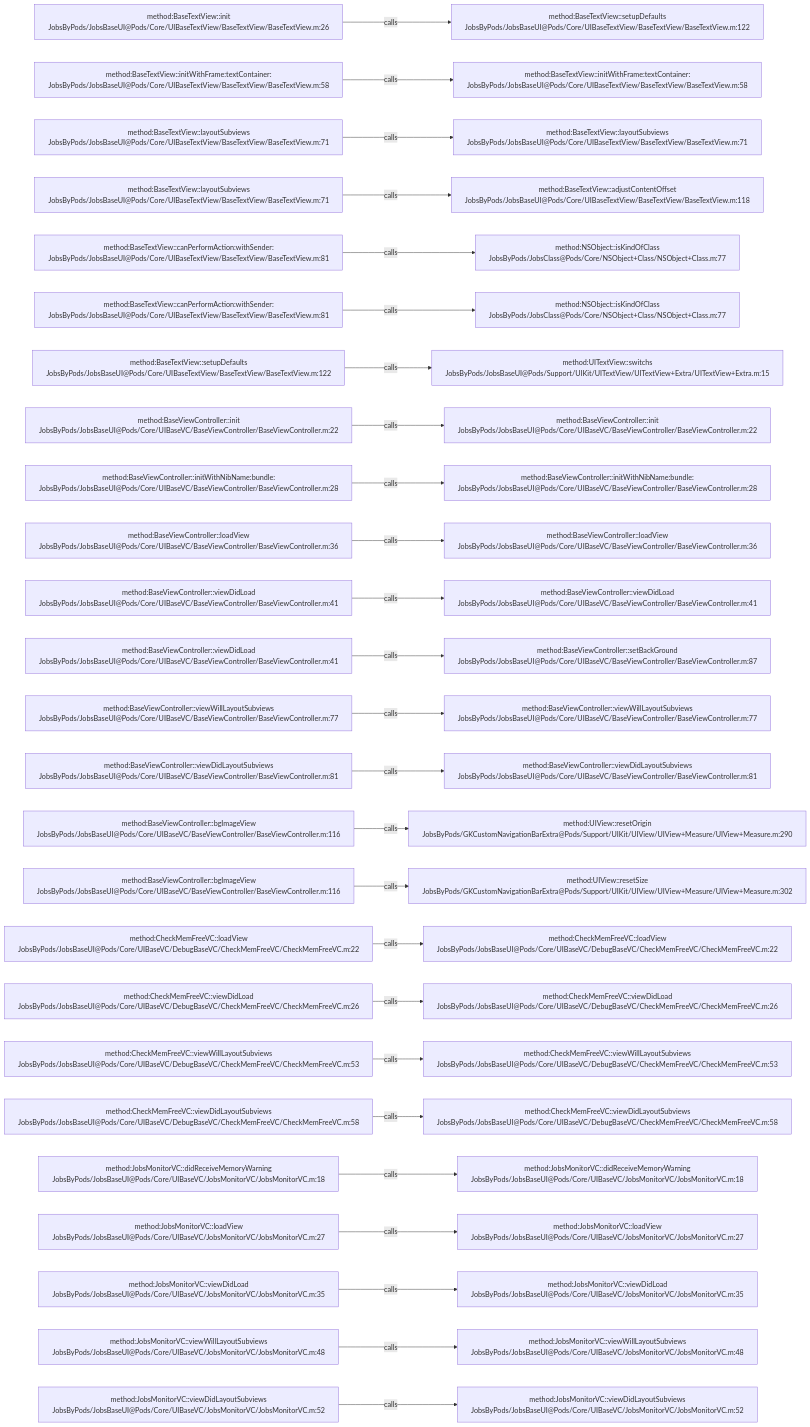
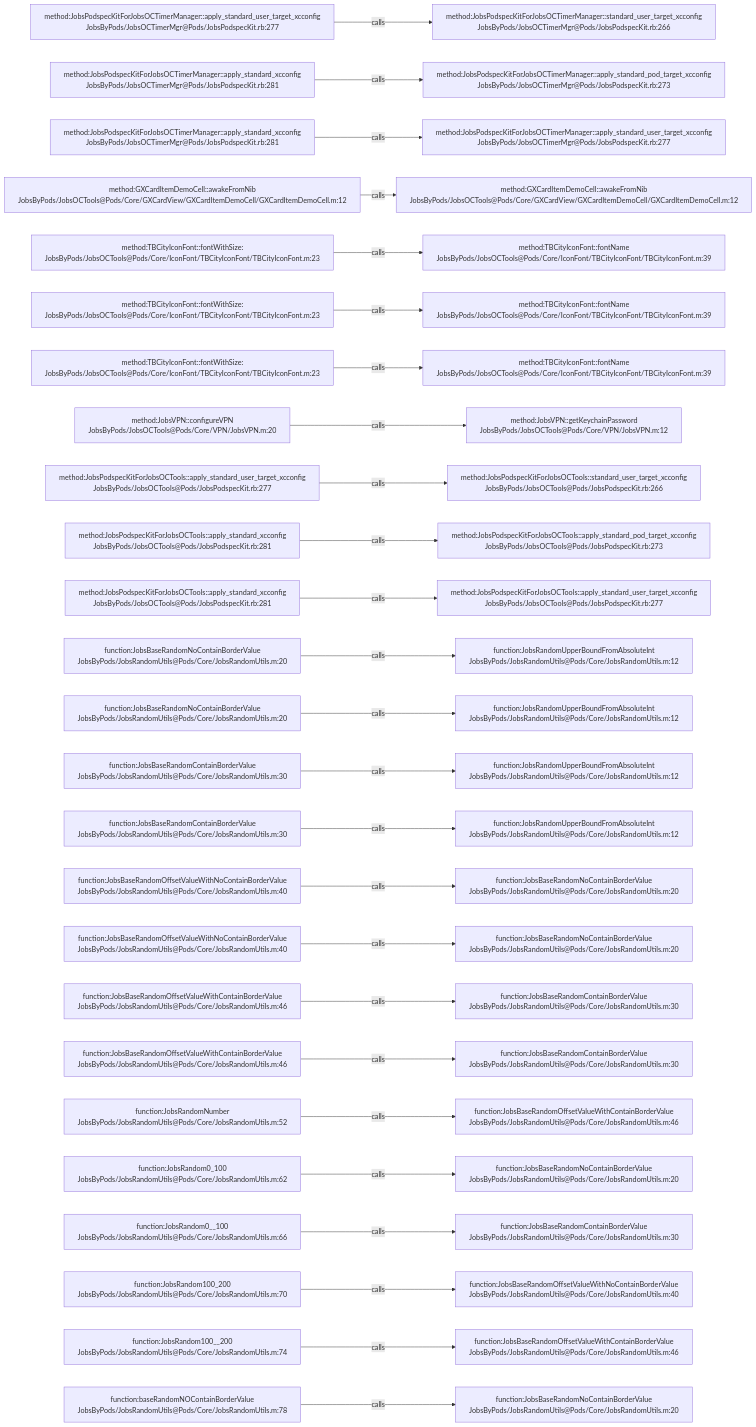
The diagram in .codegraph/codegraph.md/graphs/calls-019.md (JobsKits/JobsOCBaseConfigDemo), drawn with Mermaid before and after one commit. The commit also changed 2162 other files, not shown here.

````diff
--- a/.codegraph/codegraph.md/graphs/calls-019.md
+++ b/.codegraph/codegraph.md/graphs/calls-019.md
@@ -13,78 +13,78 @@
 ```mermaid
 flowchart LR
-  S1["method:BaseTextView::init<br/>JobsByPods/JobsBaseUI@Pods/Core/UIBaseTextView/BaseTextView/BaseTextView.m:26"]
-  T1["method:BaseTextView::setupDefaults<br/>JobsByPods/JobsBaseUI@Pods/Core/UIBaseTextView/BaseTextView/BaseTextView.m:122"]
+  S1["method:JobsPodspecKitForJobsOCTimerManager::apply_standard_user_target_xcconfig<br/>JobsByPods/JobsOCTimerMgr@Pods/JobsPodspecKit.rb:277"]
+  T1["method:JobsPodspecKitForJobsOCTimerManager::standard_user_target_xcconfig<br/>JobsByPods/JobsOCTimerMgr@Pods/JobsPodspecKit.rb:266"]
   S1 -->|calls| T1
-  S2["method:BaseTextView::initWithFrame:textContainer:<br/>JobsByPods/JobsBaseUI@Pods/Core/UIBaseTextView/BaseTextView/BaseTextView.m:58"]
-  T2["method:BaseTextView::initWithFrame:textContainer:<br/>JobsByPods/JobsBaseUI@Pods/Core/UIBaseTextView/BaseTextView/BaseTextView.m:58"]
+  S2["method:JobsPodspecKitForJobsOCTimerManager::apply_standard_xcconfig<br/>JobsByPods/JobsOCTimerMgr@Pods/JobsPodspecKit.rb:281"]
+  T2["method:JobsPodspecKitForJobsOCTimerManager::apply_standard_pod_target_xcconfig<br/>JobsByPods/JobsOCTimerMgr@Pods/JobsPodspecKit.rb:273"]
   S2 -->|calls| T2
-  S3["method:BaseTextView::layoutSubviews<br/>JobsByPods/JobsBaseUI@Pods/Core/UIBaseTextView/BaseTextView/BaseTextView.m:71"]
-  T3["method:BaseTextView::layoutSubviews<br/>JobsByPods/JobsBaseUI@Pods/Core/UIBaseTextView/BaseTextView/BaseTextView.m:71"]
+  S3["method:JobsPodspecKitForJobsOCTimerManager::apply_standard_xcconfig<br/>JobsByPods/JobsOCTimerMgr@Pods/JobsPodspecKit.rb:281"]
+  T3["method:JobsPodspecKitForJobsOCTimerManager::apply_standard_user_target_xcconfig<br/>JobsByPods/JobsOCTimerMgr@Pods/JobsPodspecKit.rb:277"]
   S3 -->|calls| T3
-  S4["method:BaseTextView::layoutSubviews<br/>JobsByPods/JobsBaseUI@Pods/Core/UIBaseTextView/BaseTextView/BaseTextView.m:71"]
-  T4["method:BaseTextView::adjustContentOffset<br/>JobsByPods/JobsBaseUI@Pods/Core/UIBaseTextView/BaseTextView/BaseTextView.m:118"]
+  S4["method:GXCardItemDemoCell::awakeFromNib<br/>JobsByPods/JobsOCTools@Pods/Core/GXCardView/GXCardItemDemoCell/GXCardItemDemoCell.m:12"]
+  T4["method:GXCardItemDemoCell::awakeFromNib<br/>JobsByPods/JobsOCTools@Pods/Core/GXCardView/GXCardItemDemoCell/GXCardItemDemoCell.m:12"]
   S4 -->|calls| T4
-  S5["method:BaseTextView::canPerformAction:withSender:<br/>JobsByPods/JobsBaseUI@Pods/Core/UIBaseTextView/BaseTextView/BaseTextView.m:81"]
-  T5["method:NSObject::isKindOfClass<br/>JobsByPods/JobsClass@Pods/Core/NSObject+Class/NSObject+Class.m:77"]
+  S5["method:TBCityIconFont::fontWithSize:<br/>JobsByPods/JobsOCTools@Pods/Core/IconFont/TBCityIconFont/TBCityIconFont.m:23"]
+  T5["method:TBCityIconFont::fontName<br/>JobsByPods/JobsOCTools@Pods/Core/IconFont/TBCityIconFont/TBCityIconFont.m:39"]
   S5 -->|calls| T5
-  S6["method:BaseTextView::canPerformAction:withSender:<br/>JobsByPods/JobsBaseUI@Pods/Core/UIBaseTextView/BaseTextView/BaseTextView.m:81"]
-  T6["method:NSObject::isKindOfClass<br/>JobsByPods/JobsClass@Pods/Core/NSObject+Class/NSObject+Class.m:77"]
+  S6["method:TBCityIconFont::fontWithSize:<br/>JobsByPods/JobsOCTools@Pods/Core/IconFont/TBCityIconFont/TBCityIconFont.m:23"]
+  T6["method:TBCityIconFont::fontName<br/>JobsByPods/JobsOCTools@Pods/Core/IconFont/TBCityIconFont/TBCityIconFont.m:39"]
   S6 -->|calls| T6
-  S7["method:BaseTextView::setupDefaults<br/>JobsByPods/JobsBaseUI@Pods/Core/UIBaseTextView/BaseTextView/BaseTextView.m:122"]
-  T7["method:UITextView::switchs<br/>JobsByPods/JobsBaseUI@Pods/Support/UIKit/UITextView/UITextView+Extra/UITextView+Extra.m:15"]
+  S7["method:TBCityIconFont::fontWithSize:<br/>JobsByPods/JobsOCTools@Pods/Core/IconFont/TBCityIconFont/TBCityIconFont.m:23"]
+  T7["method:TBCityIconFont::fontName<br/>JobsByPods/JobsOCTools@Pods/Core/IconFont/TBCityIconFont/TBCityIconFont.m:39"]
   S7 -->|calls| T7
-  S8["method:BaseViewController::init<br/>JobsByPods/JobsBaseUI@Pods/Core/UIBaseVC/BaseViewController/BaseViewController.m:22"]
-  T8["method:BaseViewController::init<br/>JobsByPods/JobsBaseUI@Pods/Core/UIBaseVC/BaseViewController/BaseViewController.m:22"]
+  S8["method:JobsVPN::configureVPN<br/>JobsByPods/JobsOCTools@Pods/Core/VPN/JobsVPN.m:20"]
+  T8["method:JobsVPN::getKeychainPassword<br/>JobsByPods/JobsOCTools@Pods/Core/VPN/JobsVPN.m:12"]
   S8 -->|calls| T8
-  S9["method:BaseViewController::initWithNibName:bundle:<br/>JobsByPods/JobsBaseUI@Pods/Core/UIBaseVC/BaseViewController/BaseViewController.m:28"]
-  T9["method:BaseViewController::initWithNibName:bundle:<br/>JobsByPods/JobsBaseUI@Pods/Core/UIBaseVC/BaseViewController/BaseViewController.m:28"]
+  S9["method:JobsPodspecKitForJobsOCTools::apply_standard_user_target_xcconfig<br/>JobsByPods/JobsOCTools@Pods/JobsPodspecKit.rb:277"]
+  T9["method:JobsPodspecKitForJobsOCTools::standard_user_target_xcconfig<br/>JobsByPods/JobsOCTools@Pods/JobsPodspecKit.rb:266"]
   S9 -->|calls| T9
-  S10["method:BaseViewController::loadView<br/>JobsByPods/JobsBaseUI@Pods/Core/UIBaseVC/BaseViewController/BaseViewController.m:36"]
-  T10["method:BaseViewController::loadView<br/>JobsByPods/JobsBaseUI@Pods/Core/UIBaseVC/BaseViewController/BaseViewController.m:36"]
+  S10["method:JobsPodspecKitForJobsOCTools::apply_standard_xcconfig<br/>JobsByPods/JobsOCTools@Pods/JobsPodspecKit.rb:281"]
+  T10["method:JobsPodspecKitForJobsOCTools::apply_standard_pod_target_xcconfig<br/>JobsByPods/JobsOCTools@Pods/JobsPodspecKit.rb:273"]
   S10 -->|calls| T10
-  S11["method:BaseViewController::viewDidLoad<br/>JobsByPods/JobsBaseUI@Pods/Core/UIBaseVC/BaseViewController/BaseViewController.m:41"]
-  T11["method:BaseViewController::viewDidLoad<br/>JobsByPods/JobsBaseUI@Pods/Core/UIBaseVC/BaseViewController/BaseViewController.m:41"]
+  S11["method:JobsPodspecKitForJobsOCTools::apply_standard_xcconfig<br/>JobsByPods/JobsOCTools@Pods/JobsPodspecKit.rb:281"]
+  T11["method:JobsPodspecKitForJobsOCTools::apply_standard_user_target_xcconfig<br/>JobsByPods/JobsOCTools@Pods/JobsPodspecKit.rb:277"]
   S11 -->|calls| T11
-  S12["method:BaseViewController::viewDidLoad<br/>JobsByPods/JobsBaseUI@Pods/Core/UIBaseVC/BaseViewController/BaseViewController.m:41"]
-  T12["method:BaseViewController::setBackGround<br/>JobsByPods/JobsBaseUI@Pods/Core/UIBaseVC/BaseViewController/BaseViewController.m:87"]
+  S12["function:JobsBaseRandomNoContainBorderValue<br/>JobsByPods/JobsRandomUtils@Pods/Core/JobsRandomUtils.m:20"]
+  T12["function:JobsRandomUpperBoundFromAbsoluteInt<br/>JobsByPods/JobsRandomUtils@Pods/Core/JobsRandomUtils.m:12"]
   S12 -->|calls| T12
-  S13["method:BaseViewController::viewWillLayoutSubviews<br/>JobsByPods/JobsBaseUI@Pods/Core/UIBaseVC/BaseViewController/BaseViewController.m:77"]
-  T13["method:BaseViewController::viewWillLayoutSubviews<br/>JobsByPods/JobsBaseUI@Pods/Core/UIBaseVC/BaseViewController/BaseViewController.m:77"]
+  S13["function:JobsBaseRandomNoContainBorderValue<br/>JobsByPods/JobsRandomUtils@Pods/Core/JobsRandomUtils.m:20"]
+  T13["function:JobsRandomUpperBoundFromAbsoluteInt<br/>JobsByPods/JobsRandomUtils@Pods/Core/JobsRandomUtils.m:12"]
   S13 -->|calls| T13
-  S14["method:BaseViewController::viewDidLayoutSubviews<br/>JobsByPods/JobsBaseUI@Pods/Core/UIBaseVC/BaseViewController/BaseViewController.m:81"]
-  T14["method:BaseViewController::viewDidLayoutSubviews<br/>JobsByPods/JobsBaseUI@Pods/Core/UIBaseVC/BaseViewController/BaseViewController.m:81"]
+  S14["function:JobsBaseRandomContainBorderValue<br/>JobsByPods/JobsRandomUtils@Pods/Core/JobsRandomUtils.m:30"]
+  T14["function:JobsRandomUpperBoundFromAbsoluteInt<br/>JobsByPods/JobsRandomUtils@Pods/Core/JobsRandomUtils.m:12"]
   S14 -->|calls| T14
-  S15["method:BaseViewController::bgImageView<br/>JobsByPods/JobsBaseUI@Pods/Core/UIBaseVC/BaseViewController/BaseViewController.m:116"]
-  T15["method:UIView::resetOrigin<br/>JobsByPods/GKCustomNavigationBarExtra@Pods/Support/UIKit/UIView/UIView+Measure/UIView+Measure.m:290"]
+  S15["function:JobsBaseRandomContainBorderValue<br/>JobsByPods/JobsRandomUtils@Pods/Core/JobsRandomUtils.m:30"]
+  T15["function:JobsRandomUpperBoundFromAbsoluteInt<br/>JobsByPods/JobsRandomUtils@Pods/Core/JobsRandomUtils.m:12"]
   S15 -->|calls| T15
-  S16["method:BaseViewController::bgImageView<br/>JobsByPods/JobsBaseUI@Pods/Core/UIBaseVC/BaseViewController/BaseViewController.m:116"]
-  T16["method:UIView::resetSize<br/>JobsByPods/GKCustomNavigationBarExtra@Pods/Support/UIKit/UIView/UIView+Measure/UIView+Measure.m:302"]
+  S16["function:JobsBaseRandomOffsetValueWithNoContainBorderValue<br/>JobsByPods/JobsRandomUtils@Pods/Core/JobsRandomUtils.m:40"]
+  T16["function:JobsBaseRandomNoContainBorderValue<br/>JobsByPods/JobsRandomUtils@Pods/Core/JobsRandomUtils.m:20"]
   S16 -->|calls| T16
-  S17["method:CheckMemFreeVC::loadView<br/>JobsByPods/JobsBaseUI@Pods/Core/UIBaseVC/DebugBaseVC/CheckMemFreeVC/CheckMemFreeVC.m:22"]
-  T17["method:CheckMemFreeVC::loadView<br/>JobsByPods/JobsBaseUI@Pods/Core/UIBaseVC/DebugBaseVC/CheckMemFreeVC/CheckMemFreeVC.m:22"]
+  S17["function:JobsBaseRandomOffsetValueWithNoContainBorderValue<br/>JobsByPods/JobsRandomUtils@Pods/Core/JobsRandomUtils.m:40"]
+  T17["function:JobsBaseRandomNoContainBorderValue<br/>JobsByPods/JobsRandomUtils@Pods/Core/JobsRandomUtils.m:20"]
   S17 -->|calls| T17
-  S18["method:CheckMemFreeVC::viewDidLoad<br/>JobsByPods/JobsBaseUI@Pods/Core/UIBaseVC/DebugBaseVC/CheckMemFreeVC/CheckMemFreeVC.m:26"]
-  T18["method:CheckMemFreeVC::viewDidLoad<br/>JobsByPods/JobsBaseUI@Pods/Core/UIBaseVC/DebugBaseVC/CheckMemFreeVC/CheckMemFreeVC.m:26"]
+  S18["function:JobsBaseRandomOffsetValueWithContainBorderValue<br/>JobsByPods/JobsRandomUtils@Pods/Core/JobsRandomUtils.m:46"]
+  T18["function:JobsBaseRandomContainBorderValue<br/>JobsByPods/JobsRandomUtils@Pods/Core/JobsRandomUtils.m:30"]
   S18 -->|calls| T18
-  S19["method:CheckMemFreeVC::viewWillLayoutSubviews<br/>JobsByPods/JobsBaseUI@Pods/Core/UIBaseVC/DebugBaseVC/CheckMemFreeVC/CheckMemFreeVC.m:53"]
-  T19["method:CheckMemFreeVC::viewWillLayoutSubviews<br/>JobsByPods/JobsBaseUI@Pods/Core/UIBaseVC/DebugBaseVC/CheckMemFreeVC/CheckMemFreeVC.m:53"]
+  S19["function:JobsBaseRandomOffsetValueWithContainBorderValue<br/>JobsByPods/JobsRandomUtils@Pods/Core/JobsRandomUtils.m:46"]
+  T19["function:JobsBaseRandomContainBorderValue<br/>JobsByPods/JobsRandomUtils@Pods/Core/JobsRandomUtils.m:30"]
   S19 -->|calls| T19
-  S20["method:CheckMemFreeVC::viewDidLayoutSubviews<br/>JobsByPods/JobsBaseUI@Pods/Core/UIBaseVC/DebugBaseVC/CheckMemFreeVC/CheckMemFreeVC.m:58"]
-  T20["method:CheckMemFreeVC::viewDidLayoutSubviews<br/>JobsByPods/JobsBaseUI@Pods/Core/UIBaseVC/DebugBaseVC/CheckMemFreeVC/CheckMemFreeVC.m:58"]
+  S20["function:JobsRandomNumber<br/>JobsByPods/JobsRandomUtils@Pods/Core/JobsRandomUtils.m:52"]
+  T20["function:JobsBaseRandomOffsetValueWithContainBorderValue<br/>JobsByPods/JobsRandomUtils@Pods/Core/JobsRandomUtils.m:46"]
   S20 -->|calls| T20
-  S21["method:JobsMonitorVC::didReceiveMemoryWarning<br/>JobsByPods/JobsBaseUI@Pods/Core/UIBaseVC/JobsMonitorVC/JobsMonitorVC.m:18"]
-  T21["method:JobsMonitorVC::didReceiveMemoryWarning<br/>JobsByPods/JobsBaseUI@Pods/Core/UIBaseVC/JobsMonitorVC/JobsMonitorVC.m:18"]
+  S21["function:JobsRandom0_100<br/>JobsByPods/JobsRandomUtils@Pods/Core/JobsRandomUtils.m:62"]
+  T21["function:JobsBaseRandomNoContainBorderValue<br/>JobsByPods/JobsRandomUtils@Pods/Core/JobsRandomUtils.m:20"]
   S21 -->|calls| T21
-  S22["method:JobsMonitorVC::loadView<br/>JobsByPods/JobsBaseUI@Pods/Core/UIBaseVC/JobsMonitorVC/JobsMonitorVC.m:27"]
-  T22["method:JobsMonitorVC::loadView<br/>JobsByPods/JobsBaseUI@Pods/Core/UIBaseVC/JobsMonitorVC/JobsMonitorVC.m:27"]
+  S22["function:JobsRandom0__100<br/>JobsByPods/JobsRandomUtils@Pods/Core/JobsRandomUtils.m:66"]
+  T22["function:JobsBaseRandomContainBorderValue<br/>JobsByPods/JobsRandomUtils@Pods/Core/JobsRandomUtils.m:30"]
   S22 -->|calls| T22
-  S23["method:JobsMonitorVC::viewDidLoad<br/>JobsByPods/JobsBaseUI@Pods/Core/UIBaseVC/JobsMonitorVC/JobsMonitorVC.m:35"]
-  T23["method:JobsMonitorVC::viewDidLoad<br/>JobsByPods/JobsBaseUI@Pods/Core/UIBaseVC/JobsMonitorVC/JobsMonitorVC.m:35"]
+  S23["function:JobsRandom100_200<br/>JobsByPods/JobsRandomUtils@Pods/Core/JobsRandomUtils.m:70"]
+  T23["function:JobsBaseRandomOffsetValueWithNoContainBorderValue<br/>JobsByPods/JobsRandomUtils@Pods/Core/JobsRandomUtils.m:40"]
   S23 -->|calls| T23
-  S24["method:JobsMonitorVC::viewWillLayoutSubviews<br/>JobsByPods/JobsBaseUI@Pods/Core/UIBaseVC/JobsMonitorVC/JobsMonitorVC.m:48"]
-  T24["method:JobsMonitorVC::viewWillLayoutSubviews<br/>JobsByPods/JobsBaseUI@Pods/Core/UIBaseVC/JobsMonitorVC/JobsMonitorVC.m:48"]
+  S24["function:JobsRandom100__200<br/>JobsByPods/JobsRandomUtils@Pods/Core/JobsRandomUtils.m:74"]
+  T24["function:JobsBaseRandomOffsetValueWithContainBorderValue<br/>JobsByPods/JobsRandomUtils@Pods/Core/JobsRandomUtils.m:46"]
   S24 -->|calls| T24
-  S25["method:JobsMonitorVC::viewDidLayoutSubviews<br/>JobsByPods/JobsBaseUI@Pods/Core/UIBaseVC/JobsMonitorVC/JobsMonitorVC.m:52"]
-  T25["method:JobsMonitorVC::viewDidLayoutSubviews<br/>JobsByPods/JobsBaseUI@Pods/Core/UIBaseVC/JobsMonitorVC/JobsMonitorVC.m:52"]
+  S25["function:baseRandomNOContainBorderValue<br/>JobsByPods/JobsRandomUtils@Pods/Core/JobsRandomUtils.m:78"]
+  T25["function:JobsBaseRandomNoContainBorderValue<br/>JobsByPods/JobsRandomUtils@Pods/Core/JobsRandomUtils.m:20"]
   S25 -->|calls| T25
 ```
````
